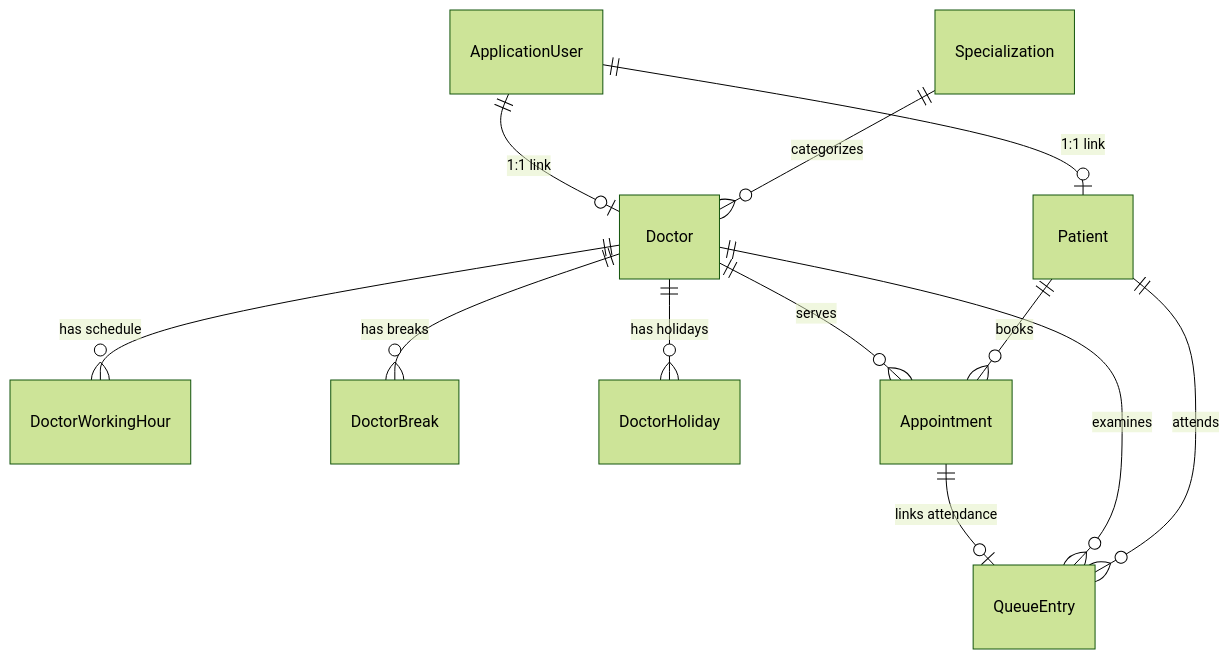
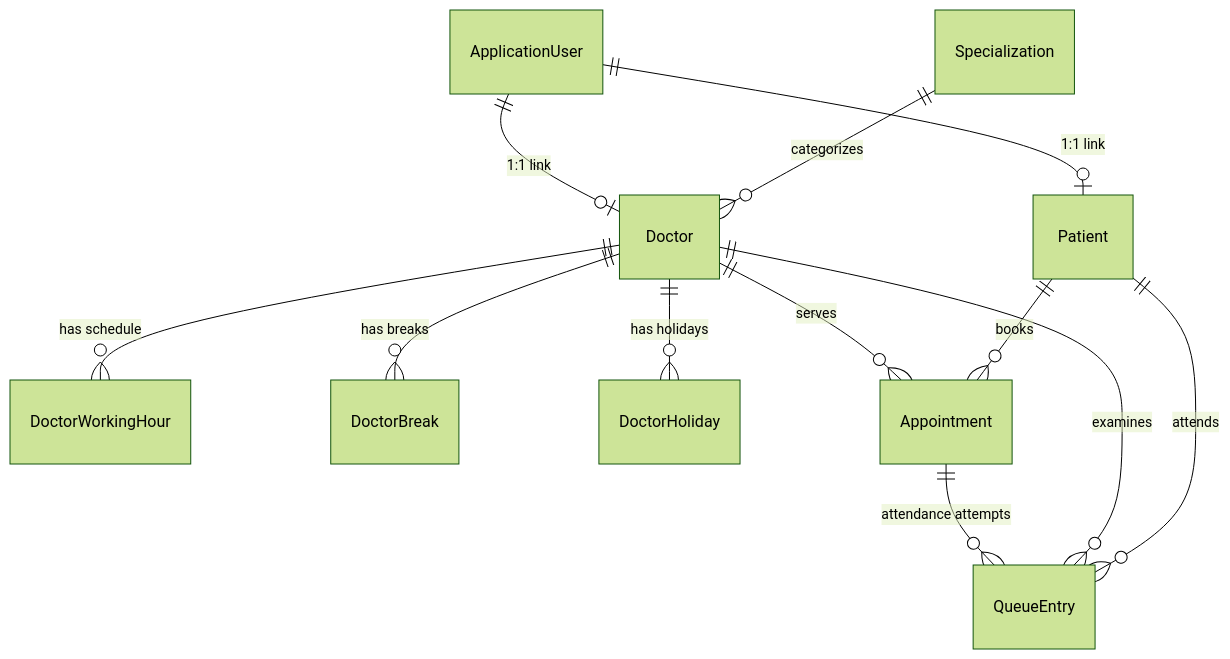
Before and after one commit to Georgette32/-MediCare-Clinic-Management-Appointment-Booking-System: the second of 2 diagrams in docs/TECHNICAL_SPECIFICATION.md, drawn with Mermaid (forest theme). The commit also changed other lines of this file and 40 other files, not shown here.

````diff
--- a/docs/TECHNICAL_SPECIFICATION.md
+++ b/docs/TECHNICAL_SPECIFICATION.md
@@ -119,14 +119,14 @@
 ```mermaid
 erDiagram
     ApplicationUser ||--o| Patient : "1:1 link"
     ApplicationUser ||--o| Doctor : "1:1 link"
     Specialization ||--o{ Doctor : "categorizes"
     Doctor ||--o{ DoctorWorkingHour : "has schedule"
     Doctor ||--o{ DoctorBreak : "has breaks"
     Doctor ||--o{ DoctorHoliday : "has holidays"
     Doctor ||--o{ Appointment : "serves"
     Patient ||--o{ Appointment : "books"
-    Appointment ||--o| QueueEntry : "links attendance"
+    Appointment ||--o{ QueueEntry : "attendance attempts"
     Doctor ||--o{ QueueEntry : "examines"
     Patient ||--o{ QueueEntry : "attends"
 ```
````
